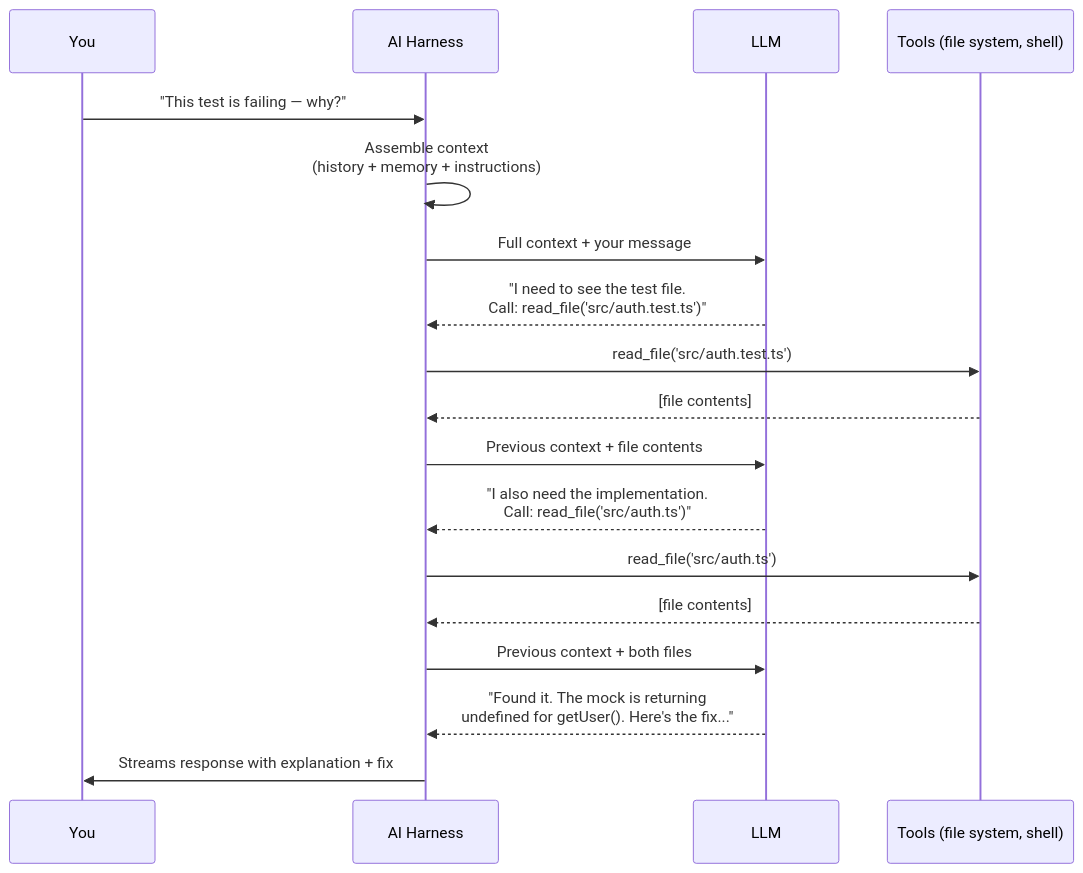
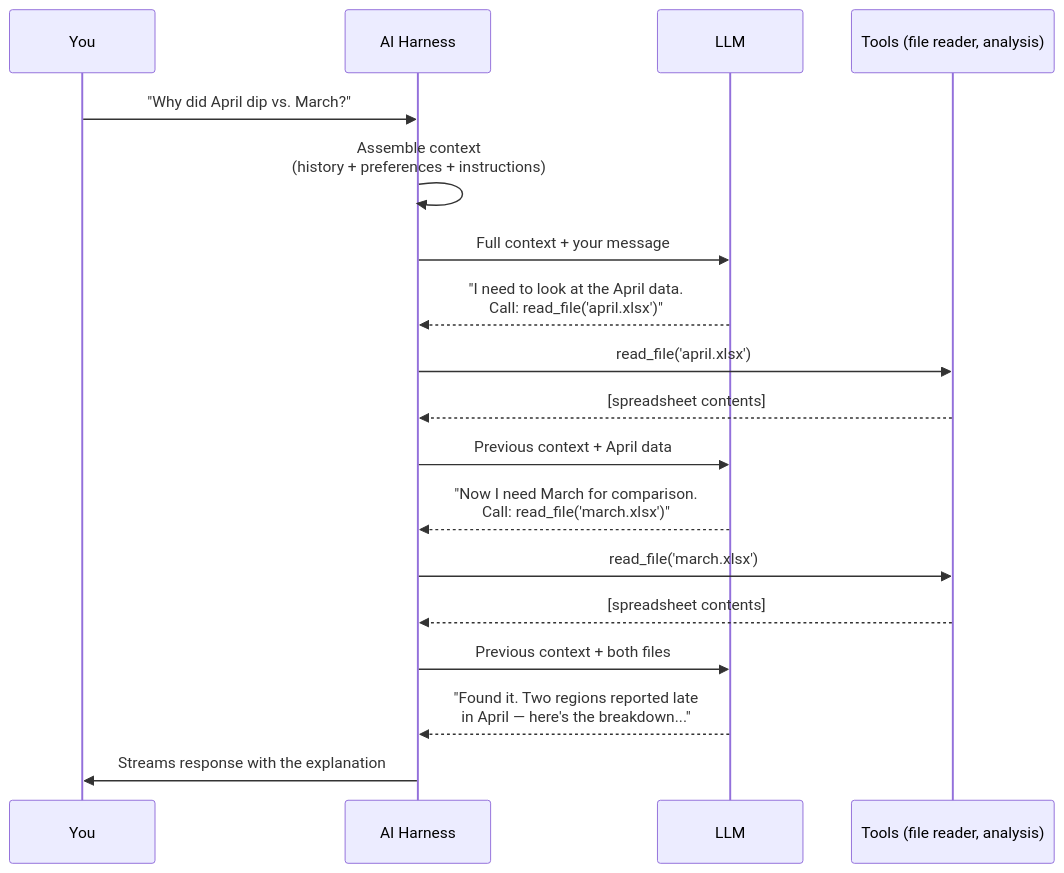
Before and after one commit to khadiwaa/ai-education: the fifth of 6 diagrams in docs/docs/phase-1/how-ai-works.mdx, drawn with Mermaid. The commit also changed other lines of this file and 64 other files, not shown here.

````diff
--- a/docs/docs/phase-1/how-ai-works.mdx
+++ b/docs/docs/phase-1/how-ai-works.mdx
@@ -269,21 +265,21 @@
 ```mermaid
 sequenceDiagram
     participant You
     participant Harness as AI Harness
     participant LLM
-    participant Tools as Tools (file system, shell)
+    participant Tools as Tools (file reader, analysis)
 
-    You->>Harness: "This test is failing — why?"
-    Harness->>Harness: Assemble context<br/>(history + memory + instructions)
+    You->>Harness: "Why did April dip vs. March?"
+    Harness->>Harness: Assemble context<br/>(history + preferences + instructions)
     Harness->>LLM: Full context + your message
-    LLM-->>Harness: "I need to see the test file.<br/>Call: read_file('src/auth.test.ts')"
-    Harness->>Tools: read_file('src/auth.test.ts')
-    Tools-->>Harness: [file contents]
-    Harness->>LLM: Previous context + file contents
-    LLM-->>Harness: "I also need the implementation.<br/>Call: read_file('src/auth.ts')"
-    Harness->>Tools: read_file('src/auth.ts')
-    Tools-->>Harness: [file contents]
+    LLM-->>Harness: "I need to look at the April data.<br/>Call: read_file('april.xlsx')"
+    Harness->>Tools: read_file('april.xlsx')
+    Tools-->>Harness: [spreadsheet contents]
+    Harness->>LLM: Previous context + April data
+    LLM-->>Harness: "Now I need March for comparison.<br/>Call: read_file('march.xlsx')"
+    Harness->>Tools: read_file('march.xlsx')
+    Tools-->>Harness: [spreadsheet contents]
     Harness->>LLM: Previous context + both files
-    LLM-->>Harness: "Found it. The mock is returning<br/>undefined for getUser(). Here's the fix..."
-    Harness->>You: Streams response with explanation + fix
+    LLM-->>Harness: "Found it. Two regions reported late<br/>in April — here's the breakdown..."
+    Harness->>You: Streams response with the explanation
 ```
````
